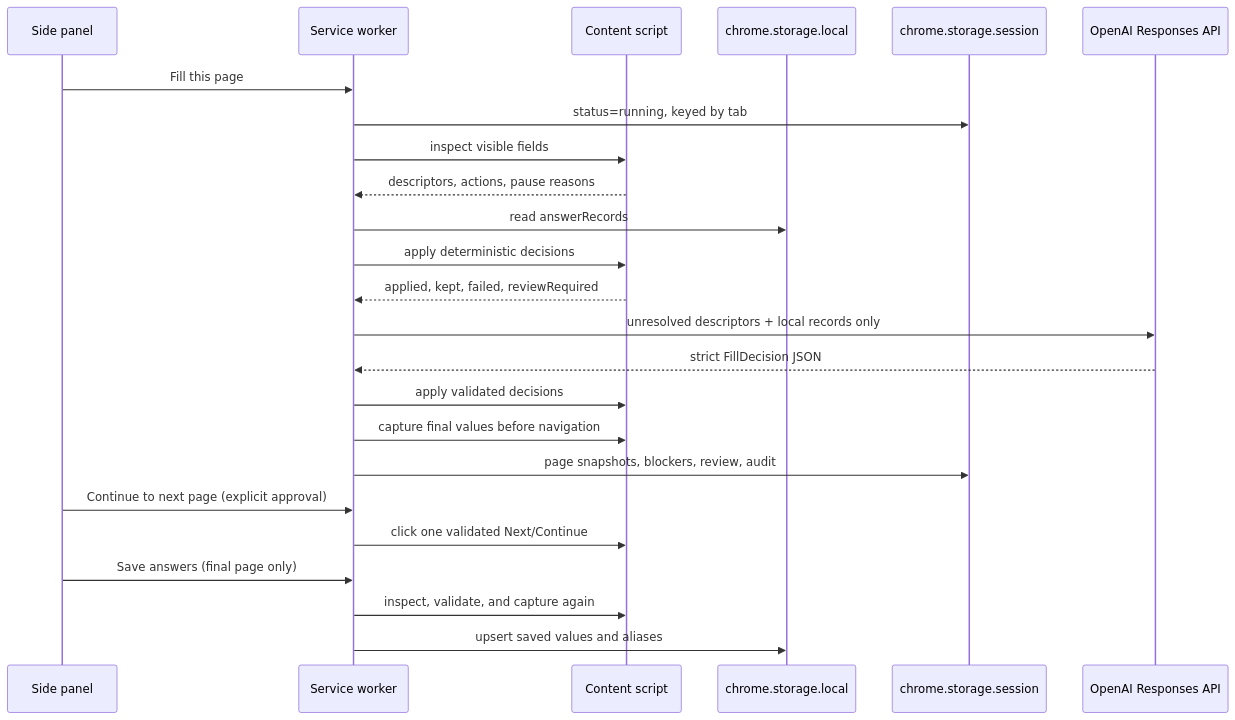
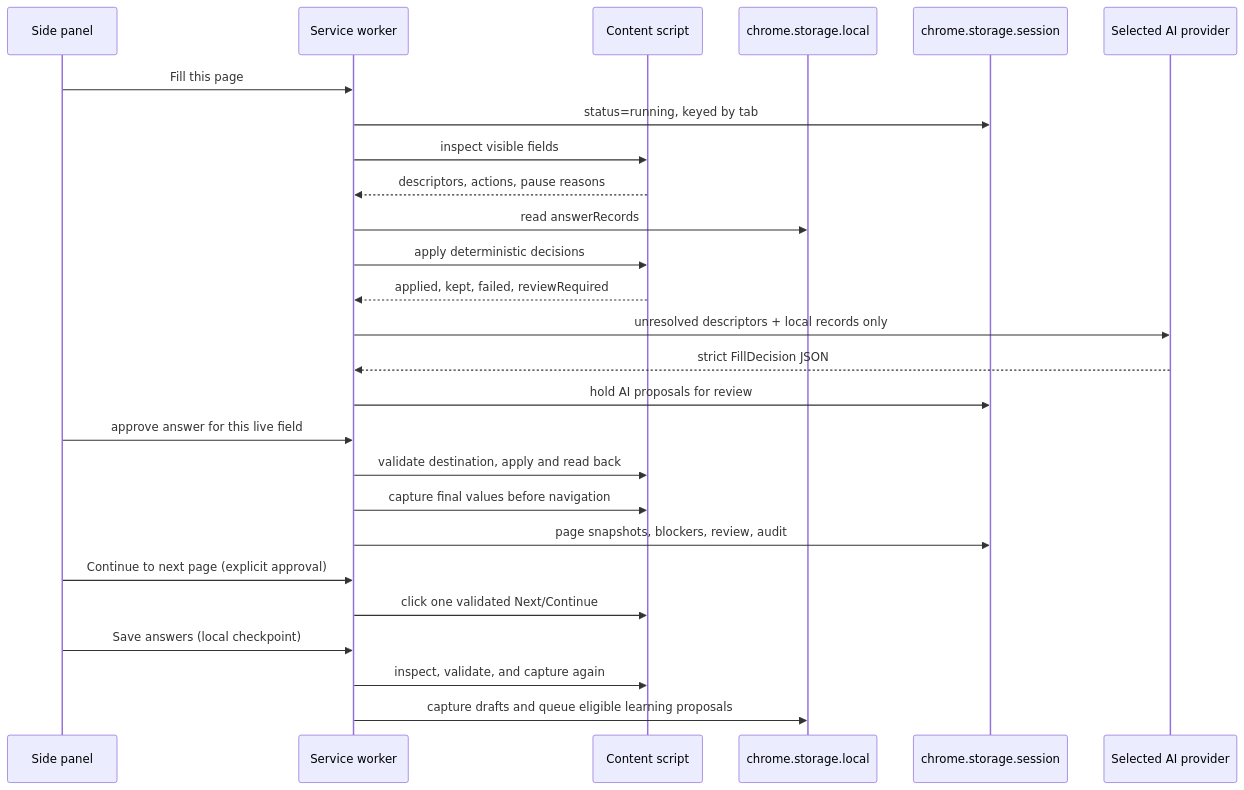
The second of 3 diagrams in README.md (humandotlearning/job-application-autofill-extension), drawn with Mermaid before and after one commit. The commit also changed other lines of this file and 34 other files, not shown here.

````diff
--- a/README.md
+++ b/README.md
@@ -51,27 +51,29 @@
 ```mermaid
 sequenceDiagram
     participant Panel as Side panel
     participant Worker as Service worker
     participant Page as Content script
     participant Profile as chrome.storage.local
     participant Run as chrome.storage.session
-    participant OpenAI as OpenAI Responses API
+    participant OpenAI as Selected AI provider
 
     Panel->>Worker: Fill this page
     Worker->>Run: status=running, keyed by tab
     Worker->>Page: inspect visible fields
     Page-->>Worker: descriptors, actions, pause reasons
     Worker->>Profile: read answerRecords
     Worker->>Page: apply deterministic decisions
     Page-->>Worker: applied, kept, failed, reviewRequired
     Worker->>OpenAI: unresolved descriptors + local records only
     OpenAI-->>Worker: strict FillDecision JSON
-    Worker->>Page: apply validated decisions
+    Worker->>Run: hold AI proposals for review
+    Panel->>Worker: approve answer for this live field
+    Worker->>Page: validate destination, apply and read back
     Worker->>Page: capture final values before navigation
     Worker->>Run: page snapshots, blockers, review, audit
     Panel->>Worker: Continue to next page (explicit approval)
     Worker->>Page: click one validated Next/Continue
-    Panel->>Worker: Save answers (final page only)
+    Panel->>Worker: Save answers (local checkpoint)
     Worker->>Page: inspect, validate, and capture again
-    Worker->>Profile: upsert saved values and aliases
+    Worker->>Profile: capture drafts and queue eligible learning proposals
 ```
````
